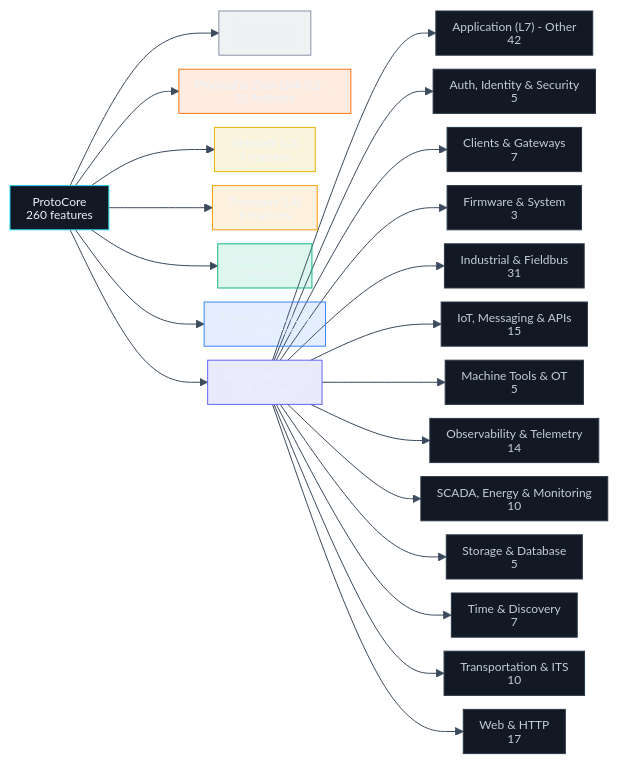
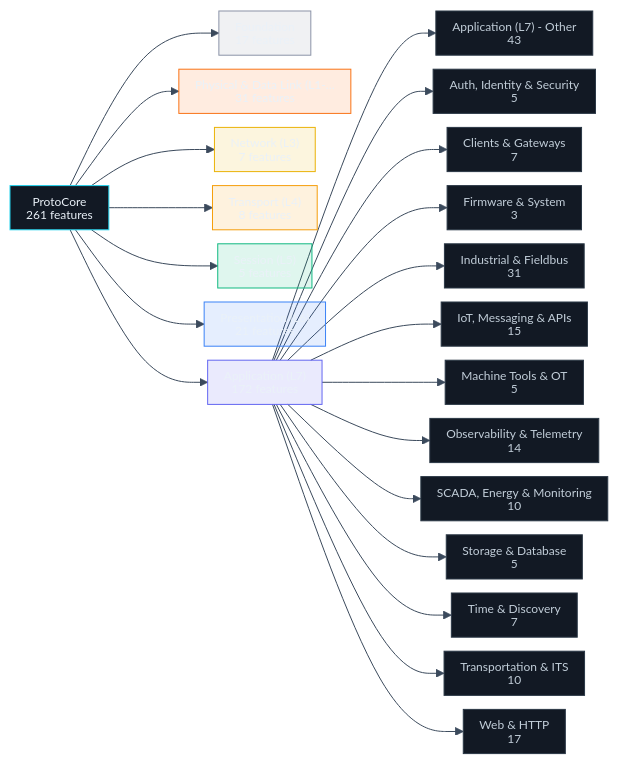
The diagram in docs/diagrams/features_map.mmd (dstroy0/ProtoCore), drawn with Mermaid before and after one commit. The commit also changed 208 other files, not shown here.

```diff
--- a/docs/diagrams/features_map.mmd
+++ b/docs/diagrams/features_map.mmd
@@ -1,86 +1,86 @@
 %%{init: {'htmlLabels':false,'themeVariables':{'fontFamily':'monospace','fontSize':'12px','lineColor':'#3b4a5c'},'flowchart':{'curve':'basis','nodeSpacing':14,'rankSpacing':70,'padding':8,'useMaxWidth':true,'htmlLabels':false}}}%%
 flowchart LR
   %% Auto-generated from docs/FEATURES.md by tools/ci_tooling/generate/gen_features_tree.py.
-  n_root["ProtoCore                 <br/>260 features              "]
+  n_root["ProtoCore                 <br/>261 features              "]
   n_Foundation["Foundation                <br/>17 features               "]
   n_root --> n_Foundation
   n_Physical___Data_Link__L1_L2_["Physical & Data Link (L1-…<br/>31 features               "]
   n_root --> n_Physical___Data_Link__L1_L2_
   n_Network__L3_["Network (L3)              <br/>7 features                "]
   n_root --> n_Network__L3_
   n_Transport__L4_["Transport (L4)            <br/>8 features                "]
   n_root --> n_Transport__L4_
   n_Session__L5_["Session (L5)              <br/>5 features                "]
   n_root --> n_Session__L5_
   n_Presentation__L6_["Presentation (L6)         <br/>21 features               "]
   n_root --> n_Presentation__L6_
-  n_Application__L7_["Application (L7)          <br/>171 features              "]
+  n_Application__L7_["Application (L7)          <br/>172 features              "]
   n_root --> n_Application__L7_
-  n_Application__L7____Other["Application (L7) - Other  <br/>42                        "]
+  n_Application__L7____Other["Application (L7) - Other  <br/>43                        "]
   n_Application__L7_ --> n_Application__L7____Other
   n_Auth__Identity___Security["Auth, Identity & Security <br/>5                         "]
   n_Application__L7_ --> n_Auth__Identity___Security
   n_Clients___Gateways["Clients & Gateways        <br/>7                         "]
   n_Application__L7_ --> n_Clients___Gateways
   n_Firmware___System["Firmware & System         <br/>3                         "]
   n_Application__L7_ --> n_Firmware___System
   n_Industrial___Fieldbus["Industrial & Fieldbus     <br/>31                        "]
   n_Application__L7_ --> n_Industrial___Fieldbus
   n_IoT__Messaging___APIs["IoT, Messaging & APIs     <br/>15                        "]
   n_Application__L7_ --> n_IoT__Messaging___APIs
   n_Machine_Tools___OT["Machine Tools & OT        <br/>5                         "]
   n_Application__L7_ --> n_Machine_Tools___OT
   n_Observability___Telemetry["Observability & Telemetry <br/>14                        "]
   n_Application__L7_ --> n_Observability___Telemetry
   n_SCADA__Energy___Monitoring["SCADA, Energy & Monitoring<br/>10                        "]
   n_Application__L7_ --> n_SCADA__Energy___Monitoring
   n_Storage___Database["Storage & Database        <br/>5                         "]
   n_Application__L7_ --> n_Storage___Database
   n_Time___Discovery["Time & Discovery          <br/>7                         "]
   n_Application__L7_ --> n_Time___Discovery
   n_Transportation___ITS["Transportation & ITS      <br/>10                        "]
   n_Application__L7_ --> n_Transportation___ITS
   n_Web___HTTP["Web & HTTP                <br/>17                        "]
   n_Application__L7_ --> n_Web___HTTP
 
   click n_Foundation "features.html#foundation" "Foundation"
   click n_Physical___Data_Link__L1_L2_ "features.html#physical--data-link-l1-l2" "Physical & Data Link (L1-L2)"
   click n_Network__L3_ "features.html#network-l3" "Network (L3)"
   click n_Transport__L4_ "features.html#transport-l4" "Transport (L4)"
   click n_Session__L5_ "features.html#session-l5" "Session (L5)"
   click n_Presentation__L6_ "features.html#presentation-l6" "Presentation (L6)"
-  click n_Application__L7____Other "features.html#application-l7---other" "Application (L7) - Other - 42 features"
+  click n_Application__L7____Other "features.html#application-l7---other" "Application (L7) - Other - 43 features"
   click n_Auth__Identity___Security "features.html#auth-identity--security" "Auth, Identity & Security - 5 features"
   click n_Clients___Gateways "features.html#clients--gateways" "Clients & Gateways - 7 features"
   click n_Firmware___System "features.html#firmware--system" "Firmware & System - 3 features"
   click n_Industrial___Fieldbus "features.html#industrial--fieldbus" "Industrial & Fieldbus - 31 features"
   click n_IoT__Messaging___APIs "features.html#iot-messaging--apis" "IoT, Messaging & APIs - 15 features"
   click n_Machine_Tools___OT "features.html#machine-tools--ot" "Machine Tools & OT - 5 features"
   click n_Observability___Telemetry "features.html#observability--telemetry" "Observability & Telemetry - 14 features"
   click n_SCADA__Energy___Monitoring "features.html#scada-energy--monitoring" "SCADA, Energy & Monitoring - 10 features"
   click n_Storage___Database "features.html#storage--database" "Storage & Database - 5 features"
   click n_Time___Discovery "features.html#time--discovery" "Time & Discovery - 7 features"
   click n_Transportation___ITS "features.html#transportation--its" "Transportation & ITS - 10 features"
   click n_Web___HTTP "features.html#web--http" "Web & HTTP - 17 features"
 
   style n_root fill:#121924,stroke:#22d3ee,color:#eaf1f8
   style n_Foundation fill:#8b93a722,stroke:#8b93a7,color:#eaf1f8
   style n_Physical___Data_Link__L1_L2_ fill:#f9731622,stroke:#f97316,color:#eaf1f8
   style n_Network__L3_ fill:#eab30822,stroke:#eab308,color:#eaf1f8
   style n_Transport__L4_ fill:#f59e0b22,stroke:#f59e0b,color:#eaf1f8
   style n_Session__L5_ fill:#10b98122,stroke:#10b981,color:#eaf1f8
   style n_Presentation__L6_ fill:#3b82f622,stroke:#3b82f6,color:#eaf1f8
   style n_Application__L7_ fill:#6366f122,stroke:#6366f1,color:#eaf1f8
   style n_Application__L7____Other fill:#121924,stroke:#2b3846,color:#c2ced9
   style n_Auth__Identity___Security fill:#121924,stroke:#2b3846,color:#c2ced9
   style n_Clients___Gateways fill:#121924,stroke:#2b3846,color:#c2ced9
   style n_Firmware___System fill:#121924,stroke:#2b3846,color:#c2ced9
   style n_Industrial___Fieldbus fill:#121924,stroke:#2b3846,color:#c2ced9
   style n_IoT__Messaging___APIs fill:#121924,stroke:#2b3846,color:#c2ced9
   style n_Machine_Tools___OT fill:#121924,stroke:#2b3846,color:#c2ced9
   style n_Observability___Telemetry fill:#121924,stroke:#2b3846,color:#c2ced9
   style n_SCADA__Energy___Monitoring fill:#121924,stroke:#2b3846,color:#c2ced9
   style n_Storage___Database fill:#121924,stroke:#2b3846,color:#c2ced9
   style n_Time___Discovery fill:#121924,stroke:#2b3846,color:#c2ced9
   style n_Transportation___ITS fill:#121924,stroke:#2b3846,color:#c2ced9
   style n_Web___HTTP fill:#121924,stroke:#2b3846,color:#c2ced9
```
